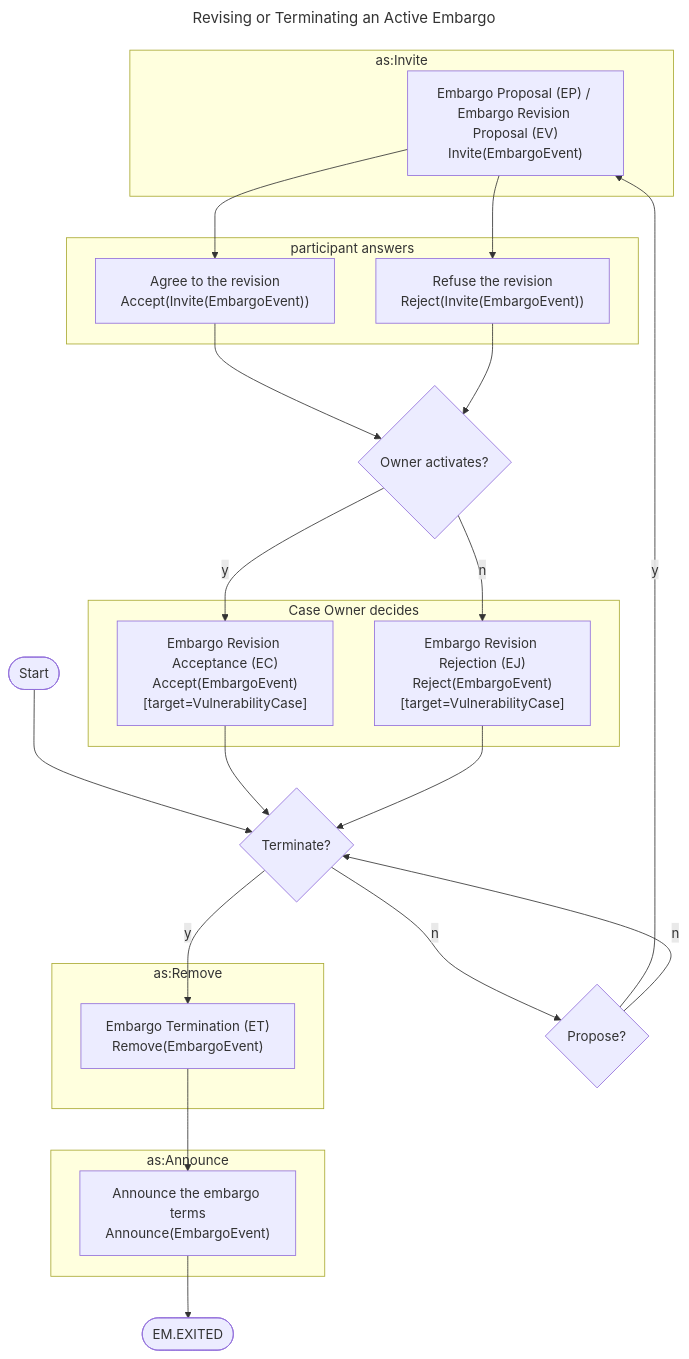
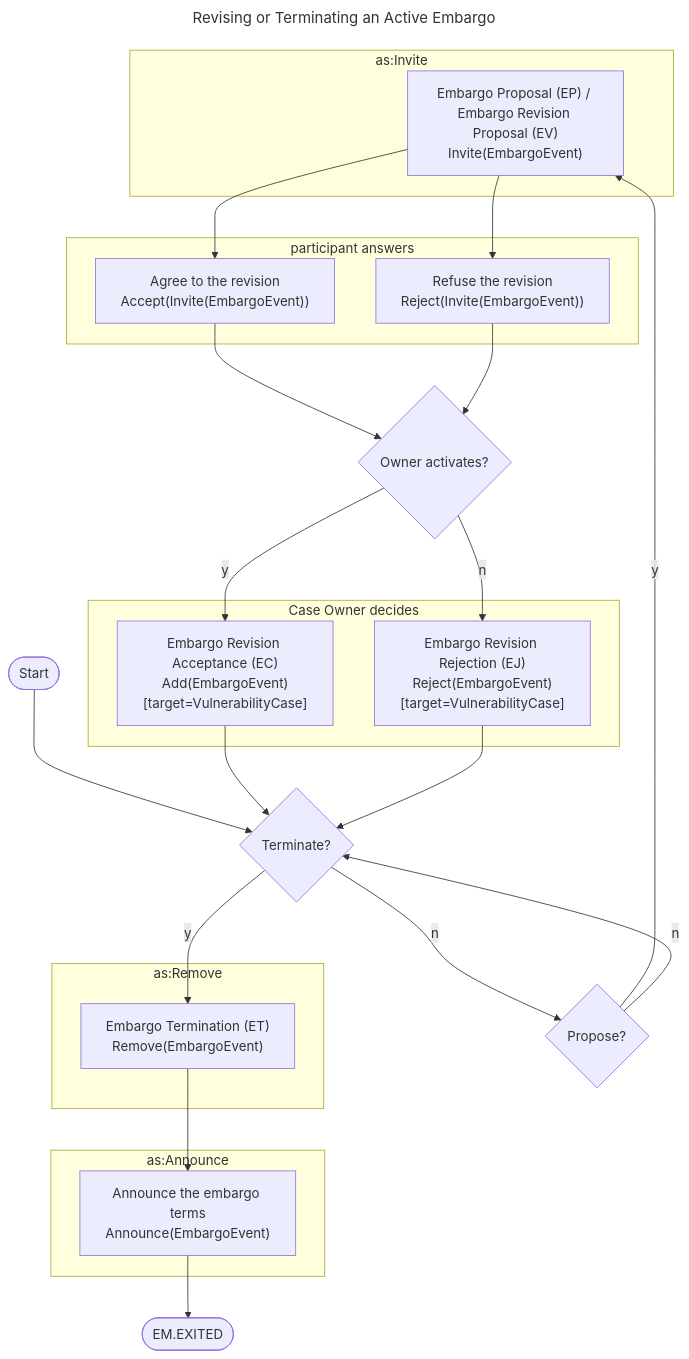
Before and after one commit to CERTCC/Vultron: the diagram in docs/howto/activitypub/activities/manage_embargo.md, drawn with Mermaid. The commit also changed other lines of this file and 109 other files, not shown here.

First line of the commit message:
feat(embargo): the case owner activates with Add(EmbargoEvent) and names the proposal

````diff
--- a/docs/howto/activitypub/activities/manage_embargo.md
+++ b/docs/howto/activitypub/activities/manage_embargo.md
@@ -41,38 +41,38 @@
 ```mermaid
 ---
 title: Revising or Terminating an Active Embargo
 ---
 flowchart TB
     subgraph as:Invite
         EmProposeEmbargo["Embargo Proposal (EP) / Embargo Revision Proposal (EV)<br/>Invite(EmbargoEvent)"]
     end
     subgraph participant answers
         EmAcceptEmbargo["Agree to the revision<br/>Accept(Invite(EmbargoEvent))"]
         EmRejectEmbargo["Refuse the revision<br/>Reject(Invite(EmbargoEvent))"]
     end
     subgraph Case Owner decides
-        ActivateEmbargo["Embargo Revision Acceptance (EC)<br/>Accept(EmbargoEvent)[target=VulnerabilityCase]"]
+        ActivateEmbargo["Embargo Revision Acceptance (EC)<br/>Add(EmbargoEvent)[target=VulnerabilityCase]"]
         RejectEmbargoProposal["Embargo Revision Rejection (EJ)<br/>Reject(EmbargoEvent)[target=VulnerabilityCase]"]
     end
     subgraph as:Remove
         RemoveEmbargoFromCase["Embargo Termination (ET)<br/>Remove(EmbargoEvent)"]
     end
     subgraph as:Announce
         AnnounceEmbargo["Announce the embargo terms<br/>Announce(EmbargoEvent)"]
     end
     start([Start]) --> t{Terminate?}
     t -->|n| p{Propose?}
     p -->|y| EmProposeEmbargo
     p -->|n| t
     EmProposeEmbargo --> EmAcceptEmbargo
     EmProposeEmbargo --> EmRejectEmbargo
     EmAcceptEmbargo --> d{Owner activates?}
     EmRejectEmbargo --> d
     d -->|y| ActivateEmbargo
     d -->|n| RejectEmbargoProposal
     ActivateEmbargo --> t
     RejectEmbargoProposal --> t
     t -->|y| RemoveEmbargoFromCase
     RemoveEmbargoFromCase --> AnnounceEmbargo
     AnnounceEmbargo --> exited([EM.EXITED])
 ```
````
